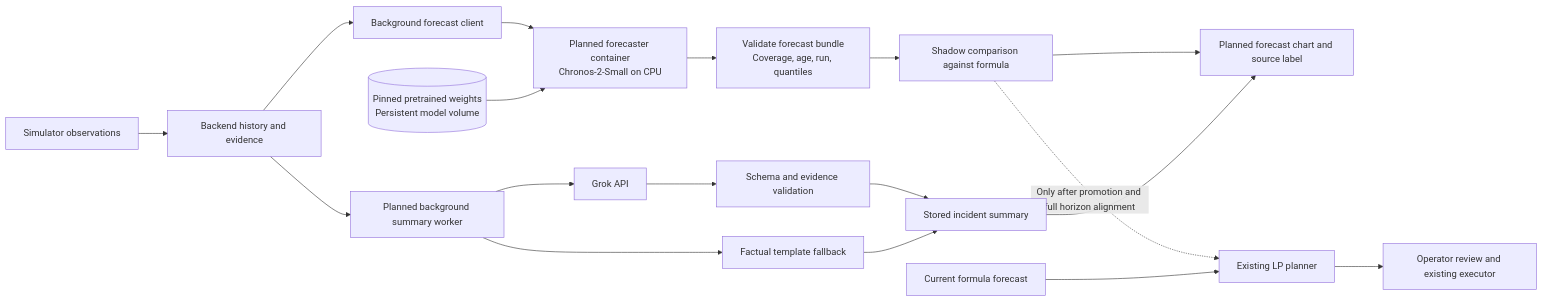
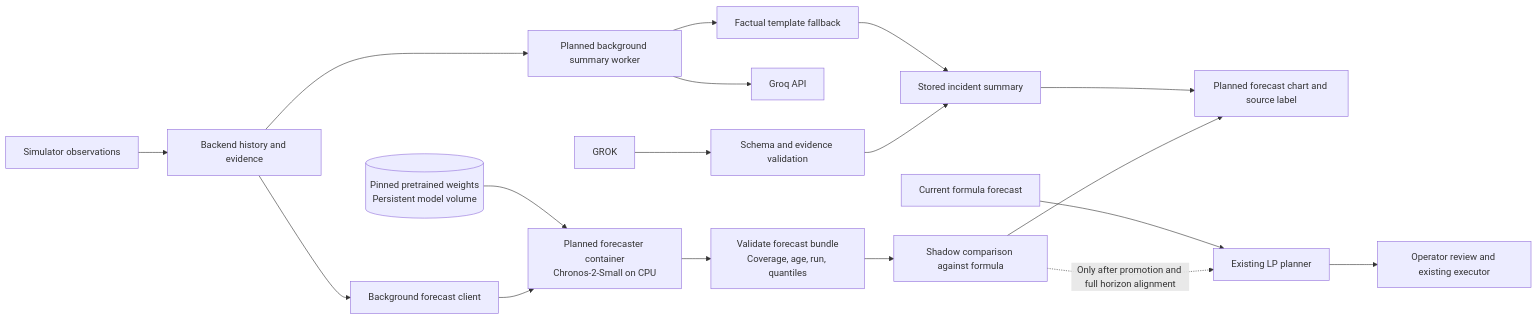
The second of 2 diagrams in Project_Guidelines.md (rafidahad/bup_Final), drawn with Mermaid before and after one commit. The commit also changed other lines of this file, not shown here.

First line of the commit message:
Update Project Guidelines and API references

```diff
--- a/Project_Guidelines.md
+++ b/Project_Guidelines.md
@@ -348,20 +344,20 @@
 ~~~mermaid
 flowchart LR
     SIM["Simulator observations"] --> HIST["Backend history and evidence"]
     HIST --> FC["Background forecast client"]
     FC --> CH["Planned forecaster container<br/>Chronos-2-Small on CPU"]
     WEIGHTS[("Pinned pretrained weights<br/>Persistent model volume")] --> CH
     CH --> VALID["Validate forecast bundle<br/>Coverage, age, run, quantiles"]
     VALID --> SHADOW["Shadow comparison against formula"]
     SHADOW --> UI["Planned forecast chart and source label"]
     SHADOW -. "Only after promotion and full horizon alignment" .-> LP["Existing LP planner"]
     FORM["Current formula forecast"] --> LP
     HIST --> JOB["Planned background summary worker"]
-    JOB --> GROK["Grok API"]
+    JOB --> GROQ["Groq API"]
     GROK --> CHECK["Schema and evidence validation"]
     CHECK --> SUMMARY["Stored incident summary"]
     JOB --> TEMPLATE["Factual template fallback"]
     TEMPLATE --> SUMMARY
     SUMMARY --> UI
     LP --> REVIEW["Operator review and existing executor"]
 ~~~
```
